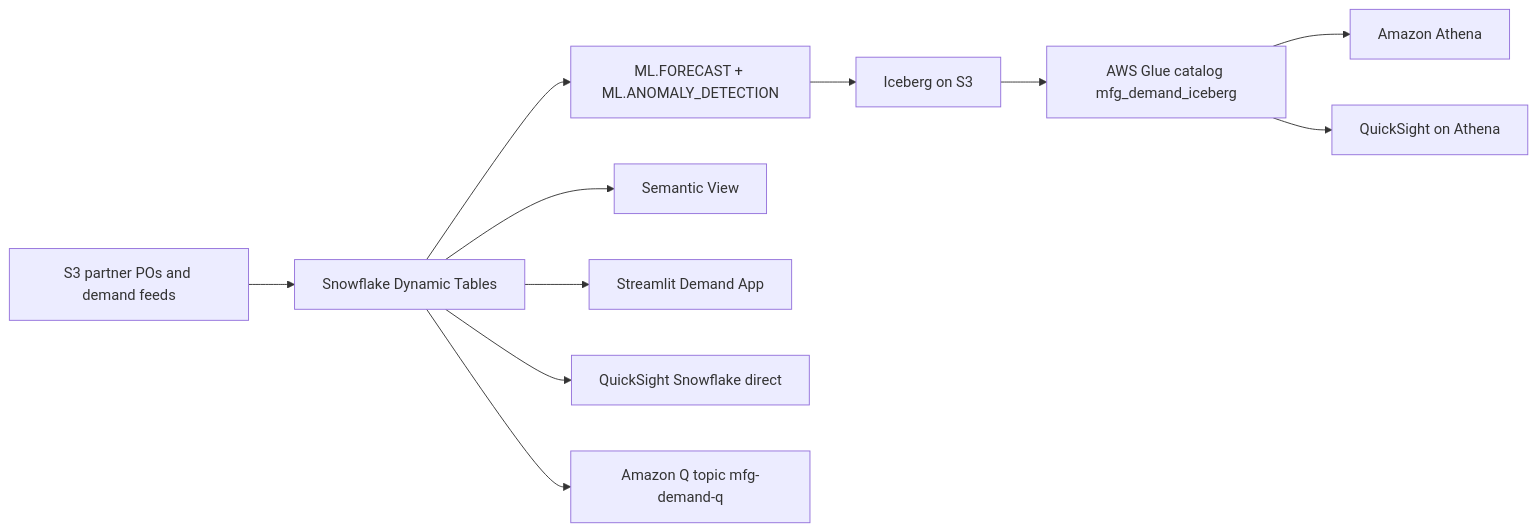
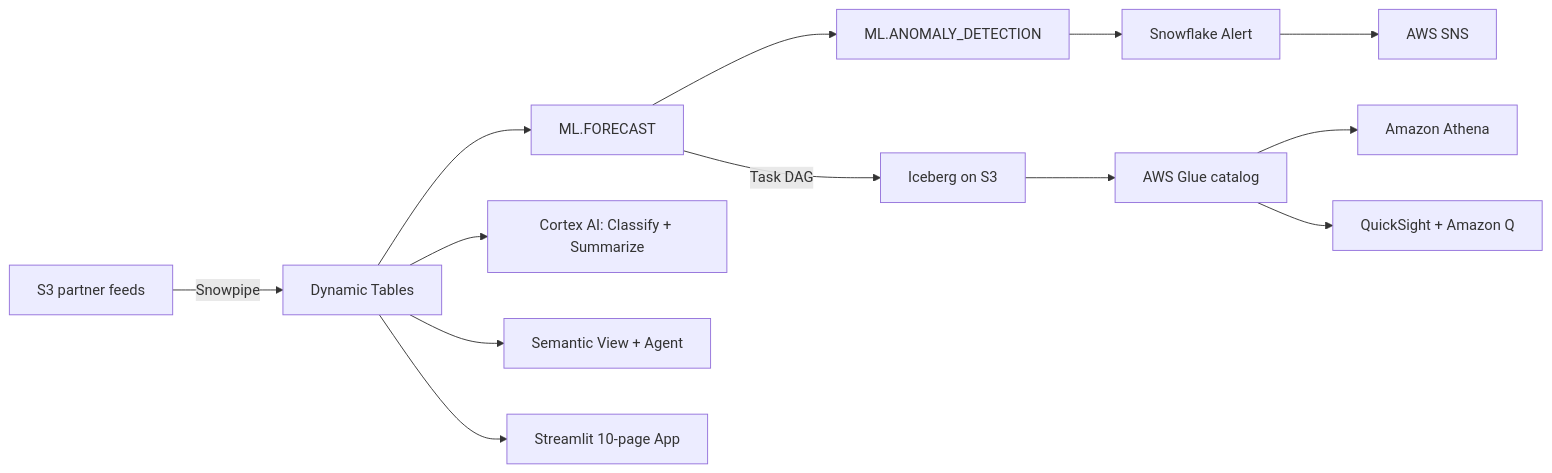
One commit to sfc-gh-jasvestis/aws-manufacturing-demand changed the diagram in README.md. Above: the diagram before and after it, drawn with Mermaid. The commit also changed other lines of this file and 15 other files, not shown here.

````diff
--- a/README.md
+++ b/README.md
@@ -9,13 +30,15 @@
 ```mermaid
 flowchart LR
-    S3[S3 partner POs and demand feeds] --> SF[Snowflake Dynamic Tables]
-    SF --> ML[ML.FORECAST + ML.ANOMALY_DETECTION]
-    ML --> ICE[Iceberg on S3]
-    ICE --> GLUE[AWS Glue catalog mfg_demand_iceberg]
+    S3[S3 partner feeds] -->|Snowpipe| SF[Dynamic Tables]
+    SF --> ML[ML.FORECAST]
+    ML --> AD[ML.ANOMALY_DETECTION]
+    AD --> ALERT[Snowflake Alert]
+    ALERT --> SNS[AWS SNS]
+    SF --> CORTEX[Cortex AI: Classify + Summarize]
+    ML -->|Task DAG| ICE[Iceberg on S3]
+    ICE --> GLUE[AWS Glue catalog]
     GLUE --> ATH[Amazon Athena]
-    SF --> SemView[Semantic View]
-    SF --> ST[Streamlit Demand App]
-    SF --> QSDirect[QuickSight Snowflake direct]
-    GLUE --> QSAth[QuickSight on Athena]
-    SF --> AQ[Amazon Q topic mfg-demand-q]
+    SF --> SV[Semantic View + Agent]
+    SF --> ST[Streamlit 10-page App]
+    GLUE --> QS[QuickSight + Amazon Q]
 ```
````
